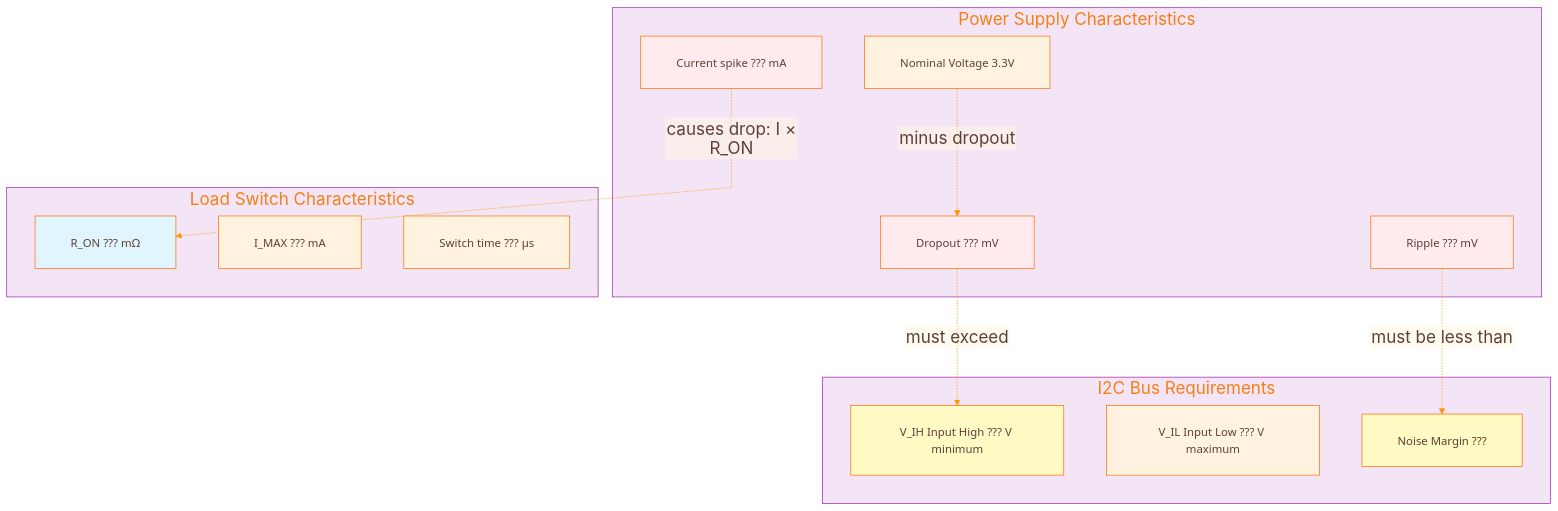
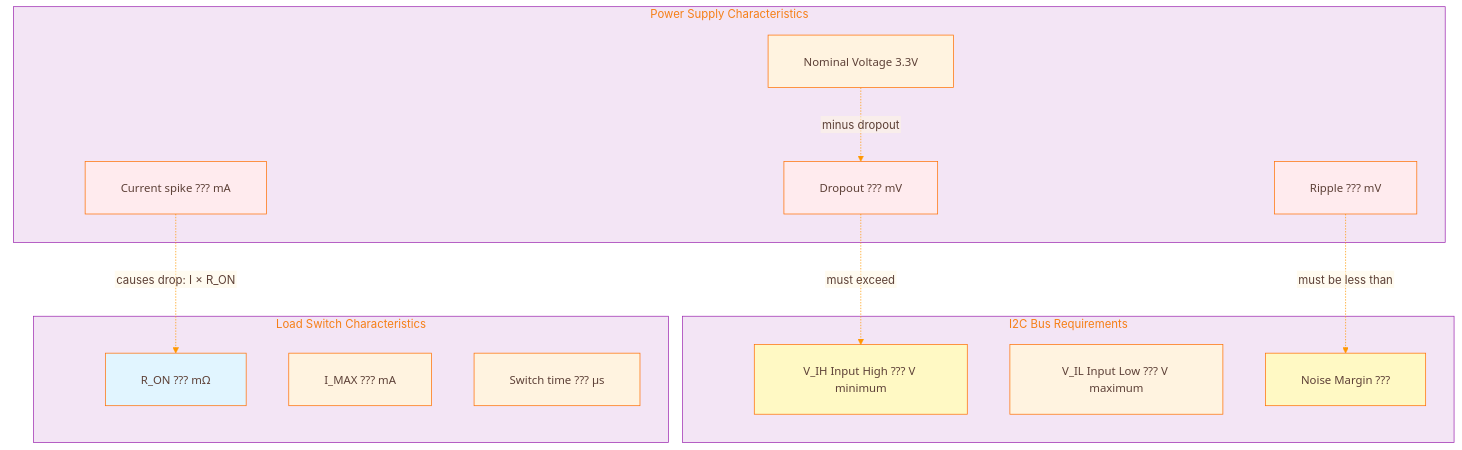
The third of 9 diagrams in docs/diagrams/knowledge-gaps.md (Lizo-RoadTown/PROVES_LIBRARY), drawn with Mermaid before and after one commit. The commit also changed other lines of this file and 6 other files, not shown here.

````diff
--- a/docs/diagrams/knowledge-gaps.md
+++ b/docs/diagrams/knowledge-gaps.md
@@ -522,7 +523,7 @@
 ---
 config:
   theme: base
-  fontSize: 20
+  fontSize: 16
   themeCSS: |
     .node rect, .cluster rect, .edgePath path { transition: filter 0.2s ease, stroke-width: 0.2s ease; }
     .node:hover rect, .cluster:hover rect, .edgePath:hover path { filter: drop-shadow(0 0 8px rgba(0,0,0,0.35)); stroke-width: 3px; }
@@ -542,7 +543,7 @@
     textColor: '#5D4037'
     lineColor: '#FF9800'
     fontFamily: '"Segoe UI", Tahoma, Geneva, Verdana, sans-serif'
-    fontSize: '24px'
+    fontSize: '16px'
     nodeBorder: '#FF6F00'
     mainBkg: '#FFF3E0'
     clusterBkg: '#F3E5F5'
@@ -598,7 +599,7 @@
     attributeBackgroundColorOdd: '#FFF8E1'
     attributeBackgroundColorEven: '#FFF3E0'
   gantt:
-    fontSize: 20
+    fontSize: 16
     barHeight: 24
     barGap: 6
     topPadding: 50
@@ -705,6 +706,7 @@
 ---
 flowchart TB
     subgraph "Power Supply Characteristics"
+        spacer25[ ]:::spacer
         V_NOM[Nominal Voltage 3.3V]
         V_RIPPLE[Ripple ??? mV]
         V_DROPOUT[Dropout ??? mV]
@@ -712,12 +714,14 @@
     end
 
     subgraph "I2C Bus Requirements"
+        spacer26[ ]:::spacer
         V_IH[V_IH Input High ??? V minimum]
         V_IL[V_IL Input Low ??? V maximum]
         V_MARGIN[Noise Margin ???]
     end
 
     subgraph "Load Switch Characteristics"
+        spacer27[ ]:::spacer
         R_ON[R_ON ??? mΩ]
         I_MAX[I_MAX ??? mA]
         T_SWITCH[Switch time ??? μs]
@@ -737,4 +741,5 @@
     %% Font sizing classes for consistency
     classDef default font-size:16px,font-family:Segoe UI,Tahoma,Geneva,Verdana,sans-serif;
     classDef diamond font-size:14px,font-family:Segoe UI,Tahoma,Geneva,Verdana,sans-serif;
+    classDef spacer fill:none,stroke:none,color:transparent,width:1px,height:1px;
 ```
````
